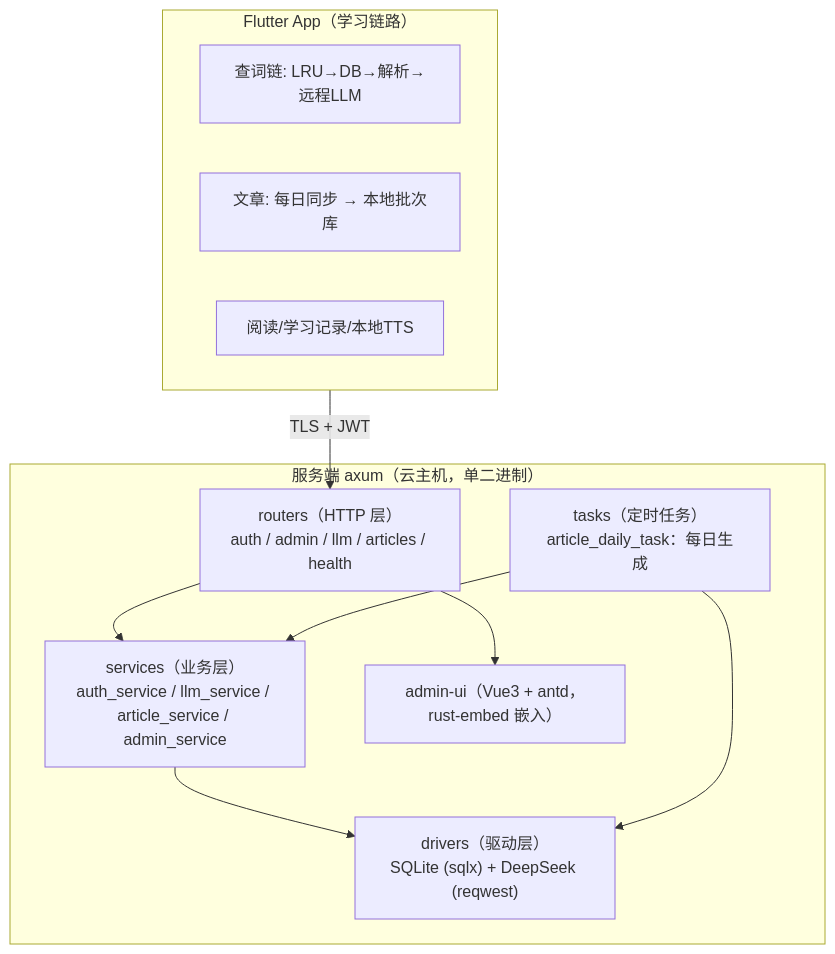
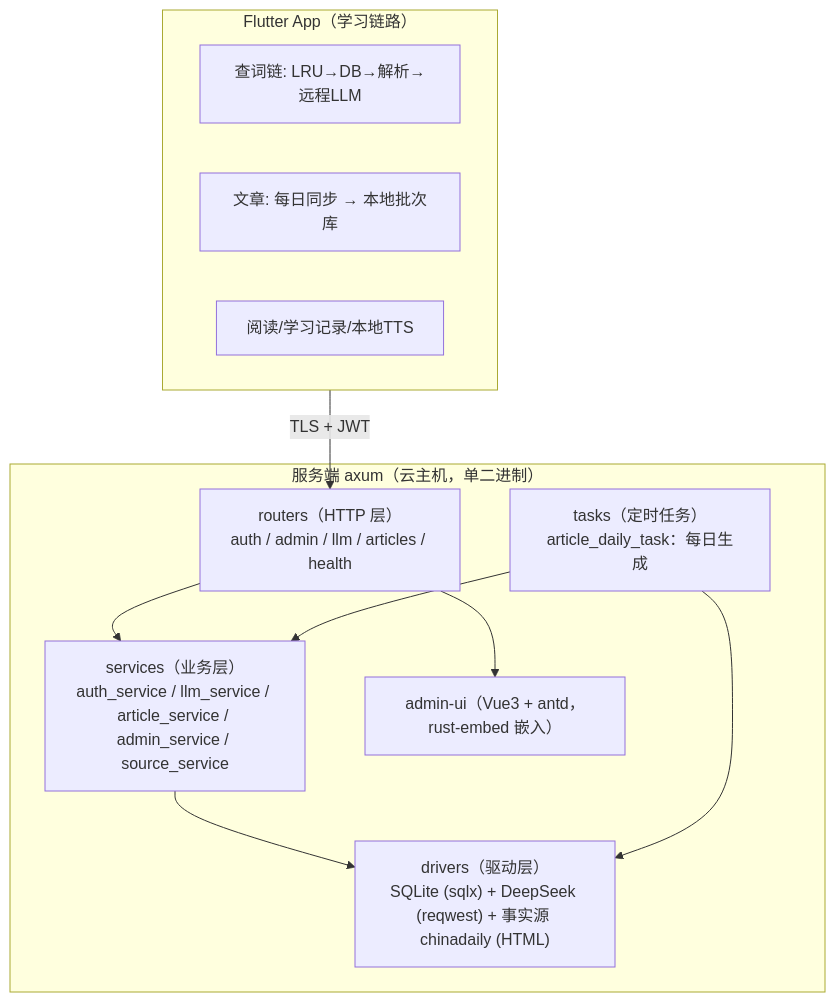
Before and after one commit to kindywu/contexta: the first of 4 diagrams in impl/server/docs/architecture.md, drawn with Mermaid. The commit also changed other lines of this file and 1 other file, not shown here.

Commit message:
docs(server): 事实锚定模块与配置同步（architecture/config-and-deploy）

````diff
--- a/impl/server/docs/architecture.md
+++ b/impl/server/docs/architecture.md
@@ -9,23 +9,23 @@
 ```mermaid
 flowchart TB
     subgraph app["Flutter App（学习链路）"]
         A1["查词链: LRU→DB→解析→远程LLM"]
         A2["文章: 每日同步 → 本地批次库"]
         A3["阅读/学习记录/本地TTS"]
     end
 
     subgraph server["服务端 axum（云主机，单二进制）"]
         R["routers（HTTP 层）<br/>auth / admin / llm / articles / health"]
-        S["services（业务层）<br/>auth_service / llm_service / article_service / admin_service"]
+        S["services（业务层）<br/>auth_service / llm_service / article_service / admin_service / source_service"]
         T["tasks（定时任务）<br/>article_daily_task：每日生成"]
-        D["drivers（驱动层）<br/>SQLite (sqlx) + DeepSeek (reqwest)"]
+        D["drivers（驱动层）<br/>SQLite (sqlx) + DeepSeek (reqwest) + 事实源 chinadaily (HTML)"]
         UI["admin-ui（Vue3 + antd，rust-embed 嵌入）"]
     end
 
     app -- "TLS + JWT" --> R
     R --> S
     S --> D
     T --> S
     T --> D
     R --> UI
 ```
````
